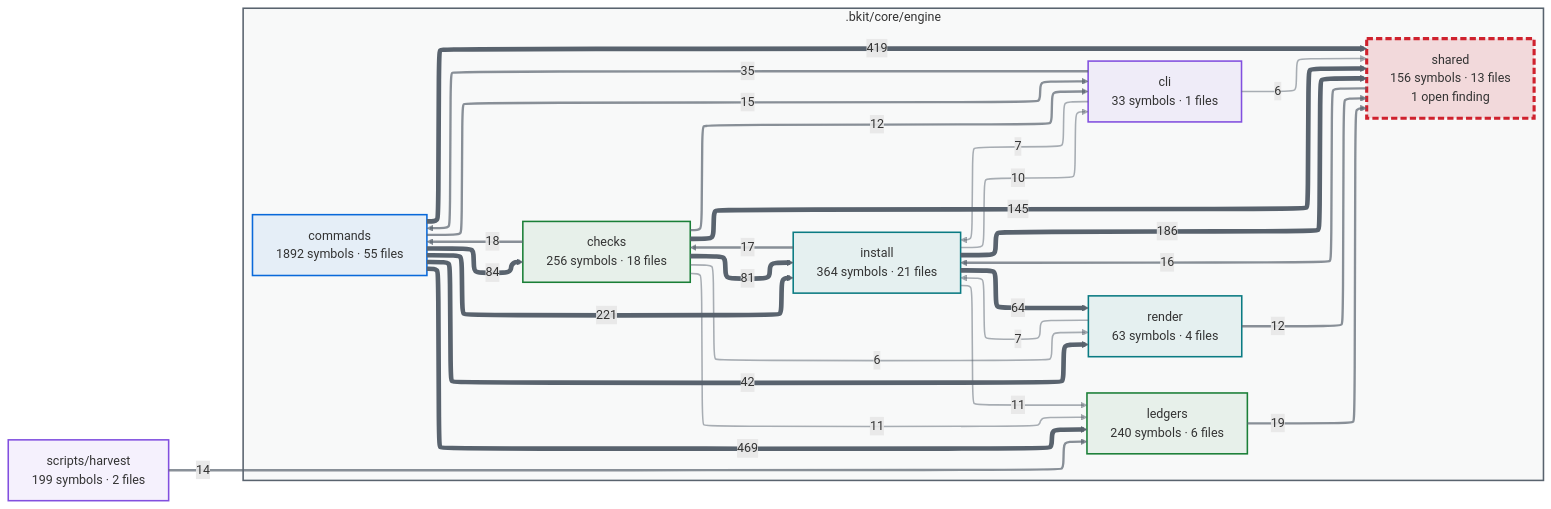
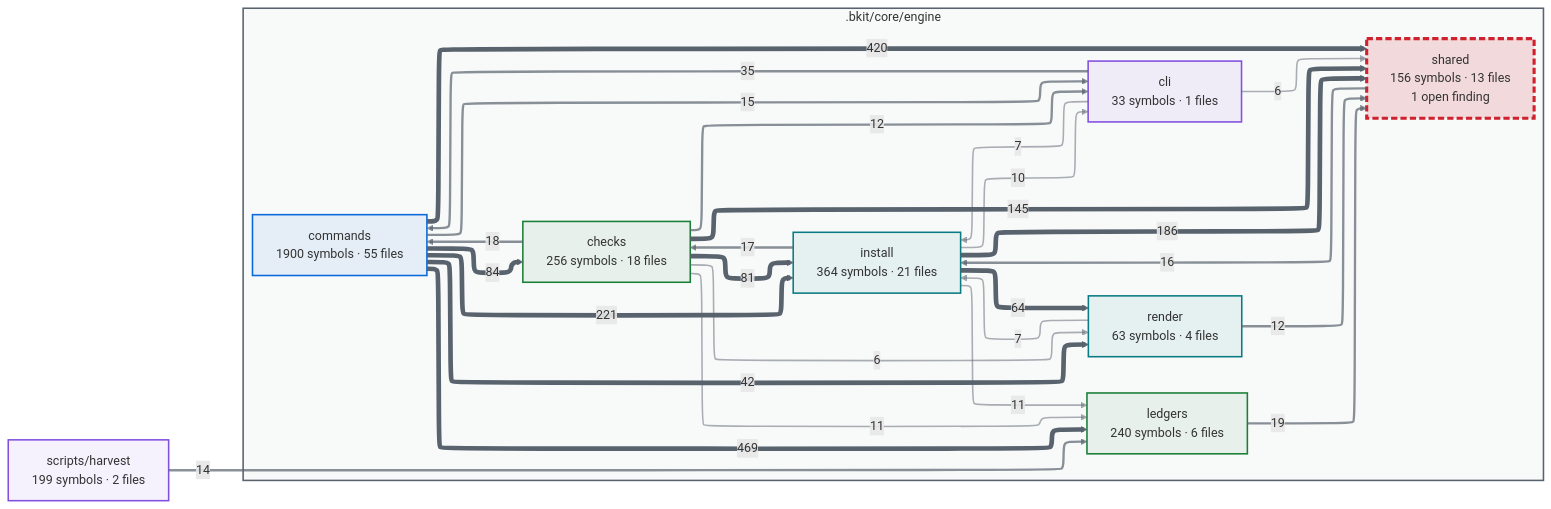
Before and after one commit to cbartens/bkit: the first of 2 diagrams in docs/capabilities.md, drawn with Mermaid. The commit also changed other lines of this file and 70 other files, not shown here.

````diff
--- a/docs/capabilities.md
+++ b/docs/capabilities.md
@@ -154,80 +154,80 @@
 ```mermaid
 ---
 config:
   layout: elk
   themeCSS: "marker { overflow: visible; } marker path { transform: scale(1.8); transform-origin: 5px 5px; }"
   flowchart:
     useMaxWidth: false
 ---
 flowchart LR
   %% Generated by bkit-graphify-rollup.py — do not edit
   subgraph gn_bkit_core_engine[".bkit/core/engine"]
     n_bkit_core_engine_checks["checks<br/>256 symbols · 18 files"]
     n_bkit_core_engine_cli["cli<br/>33 symbols · 1 files"]
-    n_bkit_core_engine_commands["commands<br/>1892 symbols · 55 files"]
+    n_bkit_core_engine_commands["commands<br/>1900 symbols · 55 files"]
     n_bkit_core_engine_install["install<br/>364 symbols · 21 files"]
     n_bkit_core_engine_ledgers["ledgers<br/>240 symbols · 6 files"]
     n_bkit_core_engine_render["render<br/>63 symbols · 4 files"]
     n_bkit_core_engine_shared["shared<br/>156 symbols · 13 files<br/>1 open finding"]
   end
   nscripts_harvest["scripts/harvest<br/>199 symbols · 2 files"]
   n_bkit_core_engine_commands -->|469| n_bkit_core_engine_ledgers
-  n_bkit_core_engine_commands -->|419| n_bkit_core_engine_shared
+  n_bkit_core_engine_commands -->|420| n_bkit_core_engine_shared
   n_bkit_core_engine_commands -->|221| n_bkit_core_engine_install
   n_bkit_core_engine_install -->|186| n_bkit_core_engine_shared
   n_bkit_core_engine_checks -->|145| n_bkit_core_engine_shared
   n_bkit_core_engine_commands -->|84| n_bkit_core_engine_checks
   n_bkit_core_engine_checks -->|81| n_bkit_core_engine_install
   n_bkit_core_engine_install -->|64| n_bkit_core_engine_render
   n_bkit_core_engine_commands -->|42| n_bkit_core_engine_render
   n_bkit_core_engine_cli -->|35| n_bkit_core_engine_commands
   n_bkit_core_engine_ledgers -->|19| n_bkit_core_engine_shared
   n_bkit_core_engine_checks -->|18| n_bkit_core_engine_commands
   n_bkit_core_engine_install -->|17| n_bkit_core_engine_checks
   n_bkit_core_engine_shared -->|16| n_bkit_core_engine_install
   n_bkit_core_engine_commands -->|15| n_bkit_core_engine_cli
   nscripts_harvest -->|14| n_bkit_core_engine_ledgers
   n_bkit_core_engine_checks -->|12| n_bkit_core_engine_cli
   n_bkit_core_engine_render -->|12| n_bkit_core_engine_shared
   n_bkit_core_engine_checks -->|11| n_bkit_core_engine_ledgers
   n_bkit_core_engine_install -->|11| n_bkit_core_engine_ledgers
   n_bkit_core_engine_install -->|10| n_bkit_core_engine_cli
   n_bkit_core_engine_cli -->|7| n_bkit_core_engine_install
   n_bkit_core_engine_render -->|7| n_bkit_core_engine_install
   n_bkit_core_engine_checks -->|6| n_bkit_core_engine_render
   n_bkit_core_engine_cli -->|6| n_bkit_core_engine_shared
   style gn_bkit_core_engine fill:#59636e0a,stroke:#59636e,stroke-width:2px
   style n_bkit_core_engine_checks stroke:#1a7f37,stroke-width:2px,fill:#1a7f3714
   style n_bkit_core_engine_cli stroke:#8250df,stroke-width:2px,fill:#8250df14
   style n_bkit_core_engine_commands stroke:#0969da,stroke-width:2px,fill:#0969da14
   style n_bkit_core_engine_install stroke:#0a7b83,stroke-width:2px,fill:#0a7b8314
   style n_bkit_core_engine_ledgers stroke:#1a7f37,stroke-width:2px,fill:#1a7f3714
   style n_bkit_core_engine_render stroke:#0a7b83,stroke-width:2px,fill:#0a7b8314
   style n_bkit_core_engine_shared stroke:#cf222e,stroke-width:4px,stroke-dasharray:8 4,fill:#cf222e26
   style nscripts_harvest stroke:#8250df,stroke-width:2px,fill:#8250df14
   linkStyle 0 stroke:#59636e,stroke-width:6px
   linkStyle 1 stroke:#59636e,stroke-width:6px
   linkStyle 2 stroke:#59636e,stroke-width:6px
   linkStyle 3 stroke:#59636e,stroke-width:6px
   linkStyle 4 stroke:#59636e,stroke-width:6px
   linkStyle 5 stroke:#59636e,stroke-width:6px
   linkStyle 6 stroke:#59636e,stroke-width:6px
   linkStyle 7 stroke:#59636e,stroke-width:6px
   linkStyle 8 stroke:#59636e,stroke-width:6px
   linkStyle 9 stroke:#59636eb3,stroke-width:3px
   linkStyle 10 stroke:#59636eb3,stroke-width:3px
   linkStyle 11 stroke:#59636eb3,stroke-width:3px
   linkStyle 12 stroke:#59636eb3,stroke-width:3px
   linkStyle 13 stroke:#59636eb3,stroke-width:3px
   linkStyle 14 stroke:#59636eb3,stroke-width:3px
   linkStyle 15 stroke:#59636eb3,stroke-width:3px
   linkStyle 16 stroke:#59636eb3,stroke-width:3px
   linkStyle 17 stroke:#59636eb3,stroke-width:3px
   linkStyle 18 stroke:#59636e80,stroke-width:2px
   linkStyle 19 stroke:#59636e80,stroke-width:2px
   linkStyle 20 stroke:#59636e80,stroke-width:2px
   linkStyle 21 stroke:#59636e80,stroke-width:2px
   linkStyle 22 stroke:#59636e80,stroke-width:2px
   linkStyle 23 stroke:#59636e80,stroke-width:2px
   linkStyle 24 stroke:#59636e80,stroke-width:2px
 ```
````
